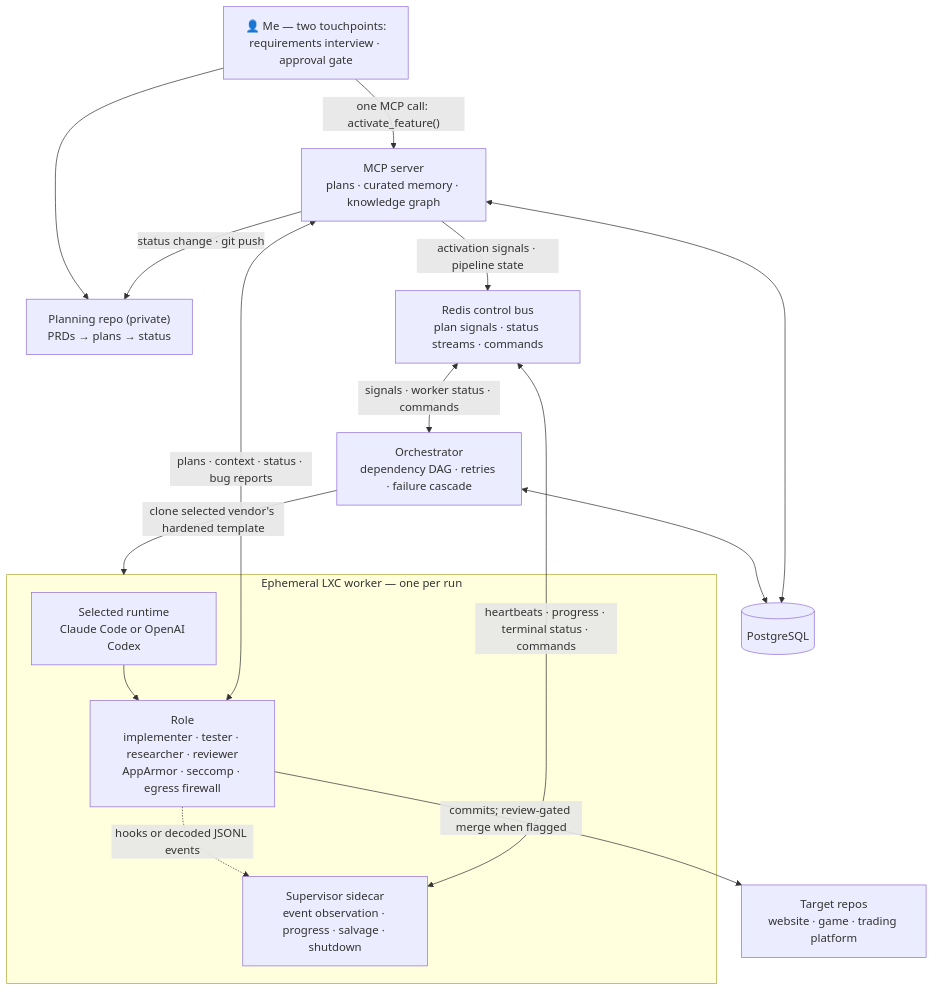
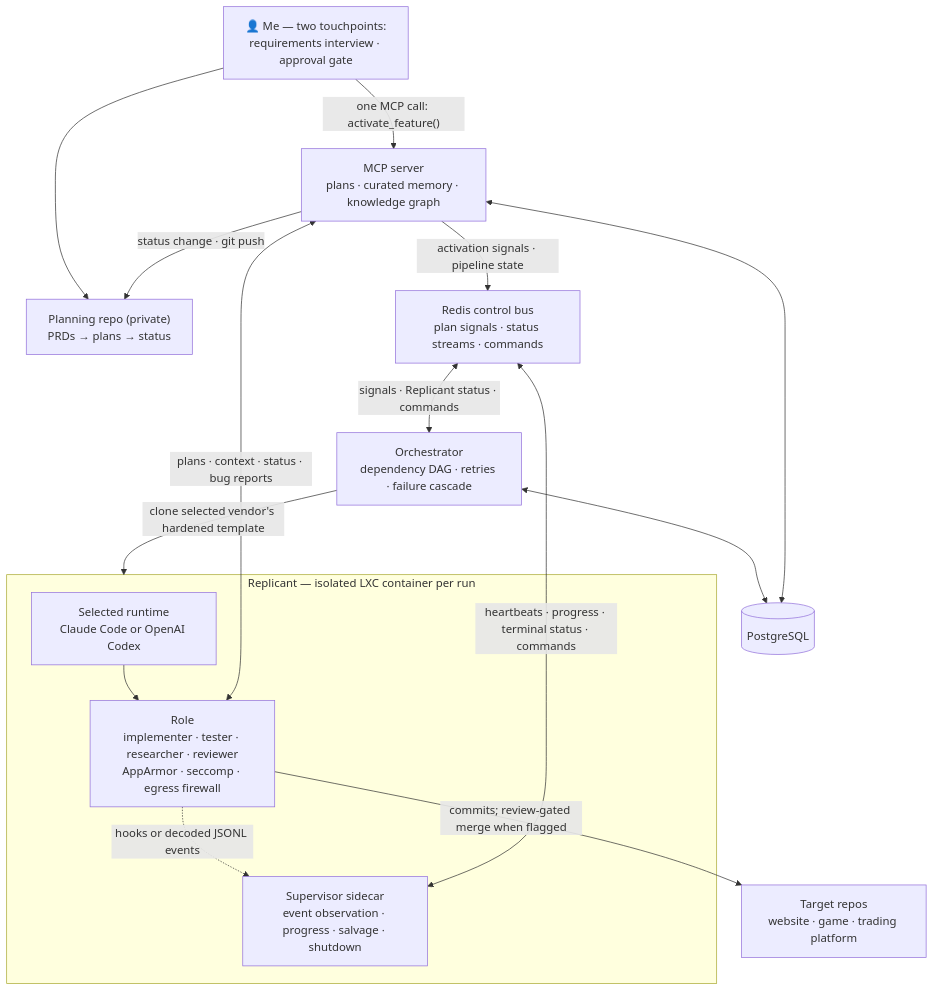
One commit to GuppitusMaximus/fish-tank changed the diagram in README.md. Above: the diagram before and after it, drawn with Mermaid. The commit also changed other lines of this file, not shown here.

Commit message:
docs: make Replicant the shared term for autonomous execution (#8)

````diff
--- a/README.md
+++ b/README.md
@@ -26,21 +28,21 @@
 ```mermaid
 flowchart TD
     U["👤 Me — two touchpoints:\nrequirements interview · approval gate"] --> P["Planning repo (private)\nPRDs → plans → status"]
     U -->|"one MCP call: activate_feature()"| M["MCP server\nplans · curated memory · knowledge graph"]
     M -->|"status change · git push"| P
     M -->|"activation signals · pipeline state"| B["Redis control bus\nplan signals · status streams · commands"]
-    B <-->|"signals · worker status · commands"| O["Orchestrator\ndependency DAG · retries · failure cascade"]
+    B <-->|"signals · Replicant status · commands"| O["Orchestrator\ndependency DAG · retries · failure cascade"]
     O <--> DB[("PostgreSQL")]
     M <--> DB
-    subgraph C["Ephemeral LXC worker — one per run"]
+    subgraph C["Replicant — isolated LXC container per run"]
         R["Selected runtime\nClaude Code or OpenAI Codex"]
         A["Role\nimplementer · tester · researcher · reviewer\nAppArmor · seccomp · egress firewall"]
         S["Supervisor sidecar\nevent observation · progress · salvage · shutdown"]
         R --> A
         A -.->|"hooks or decoded JSONL events"| S
     end
     O -->|"clone selected vendor's hardened template"| C
     S <-->|"heartbeats · progress · terminal status · commands"| B
     A <-->|"plans · context · status · bug reports"| M
     A -->|"commits; review-gated merge when flagged"| T["Target repos\nwebsite · game · trading platform"]
 ```
````
